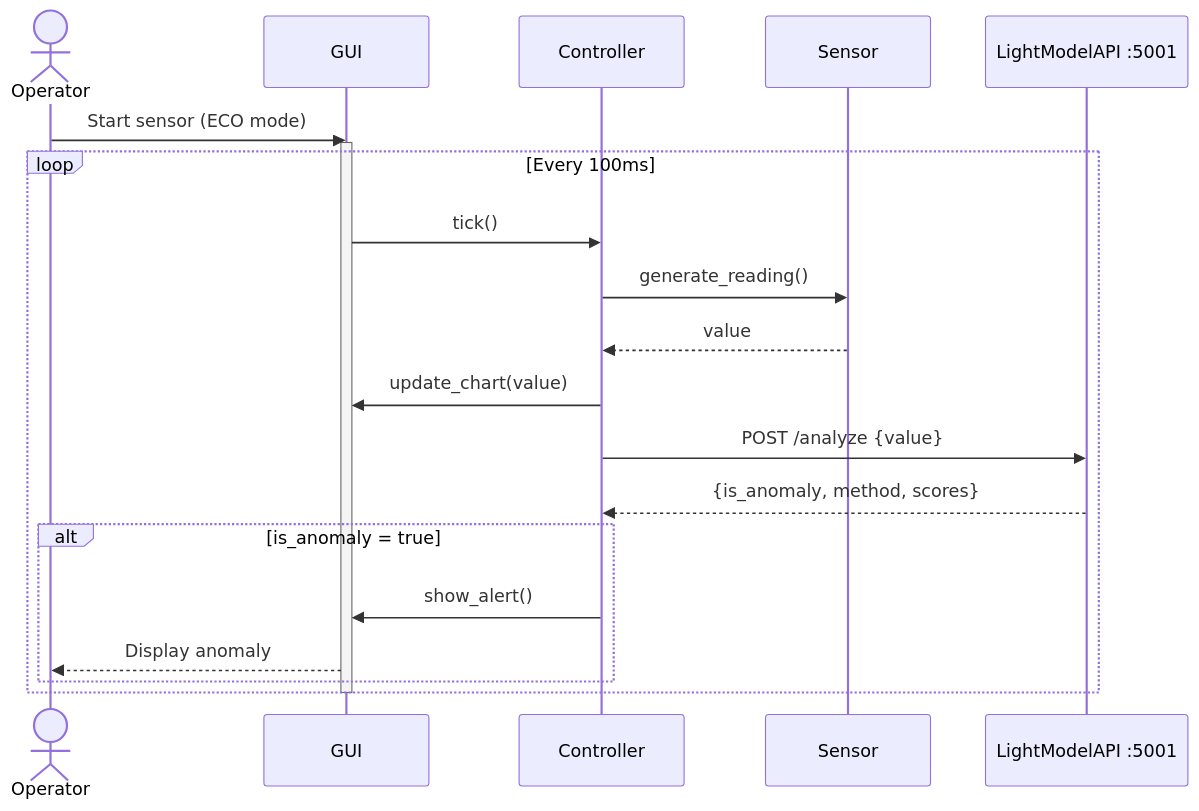
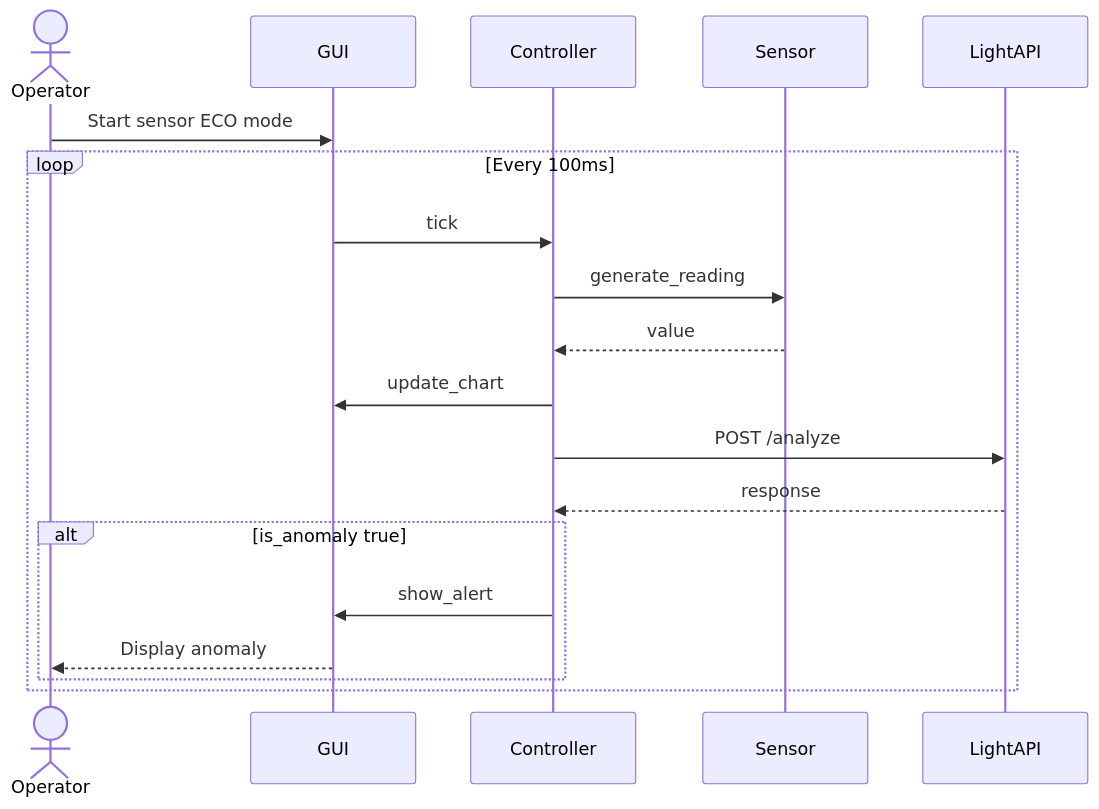
Before and after one commit to Taki224/AI-Architecture-and-Cloud-Computing-Final-Project: the third of 3 diagrams in README.md, drawn with Mermaid. The commit also changed 3 other files, not shown here.

Commit message:
refactor: Update sequence diagrams for clarity and consistency

````diff
--- a/README.md
+++ b/README.md
@@ -255,26 +255,24 @@
 ```mermaid
 sequenceDiagram
     actor Operator
     participant GUI
     participant Controller
     participant Sensor
-    participant LightAPI as LightModelAPI :5001
+    participant LightAPI
 
-    Operator->>GUI: Start sensor (ECO mode)
-    activate GUI
+    Operator->>GUI: Start sensor ECO mode
     
     loop Every 100ms
-        GUI->>Controller: tick()
-        Controller->>Sensor: generate_reading()
+        GUI->>Controller: tick
+        Controller->>Sensor: generate_reading
         Sensor-->>Controller: value
-        Controller->>GUI: update_chart(value)
-        Controller->>LightAPI: POST /analyze {value}
-        LightAPI-->>Controller: {is_anomaly, method, scores}
+        Controller->>GUI: update_chart
+        Controller->>LightAPI: POST /analyze
+        LightAPI-->>Controller: response
         
-        alt is_anomaly = true
-            Controller->>GUI: show_alert()
+        alt is_anomaly true
+            Controller->>GUI: show_alert
             GUI-->>Operator: Display anomaly
         end
     end
-    deactivate GUI
 ```
````
